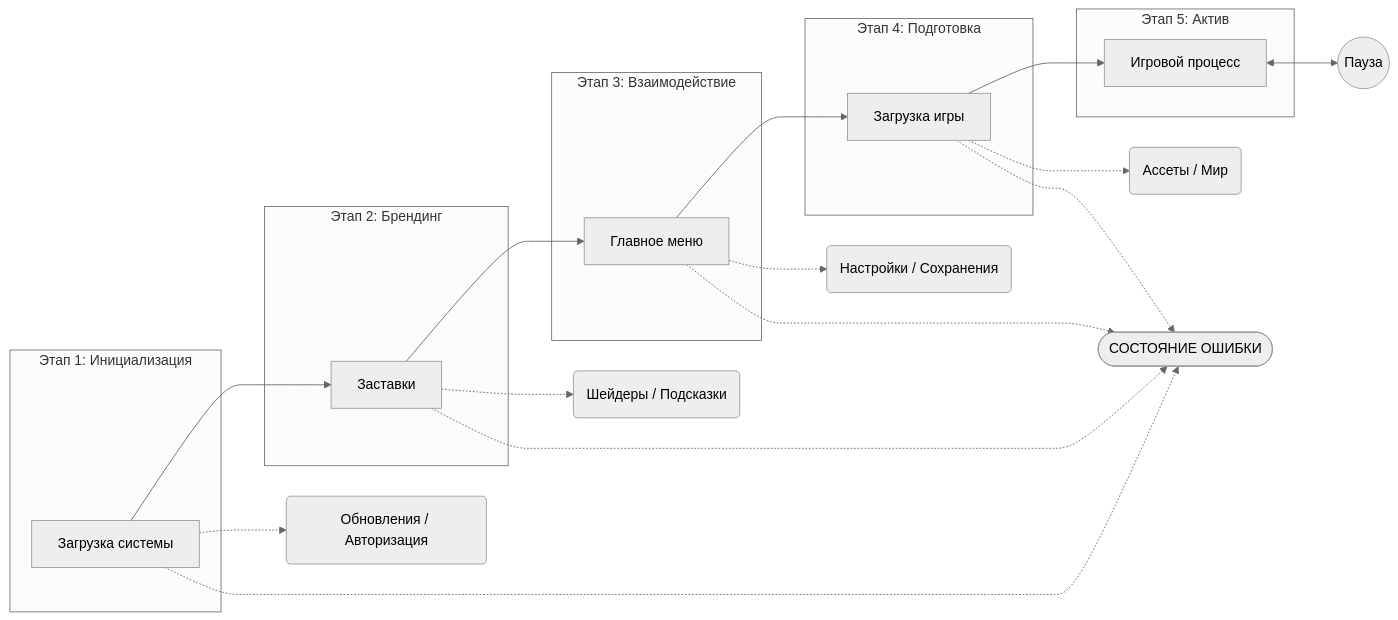
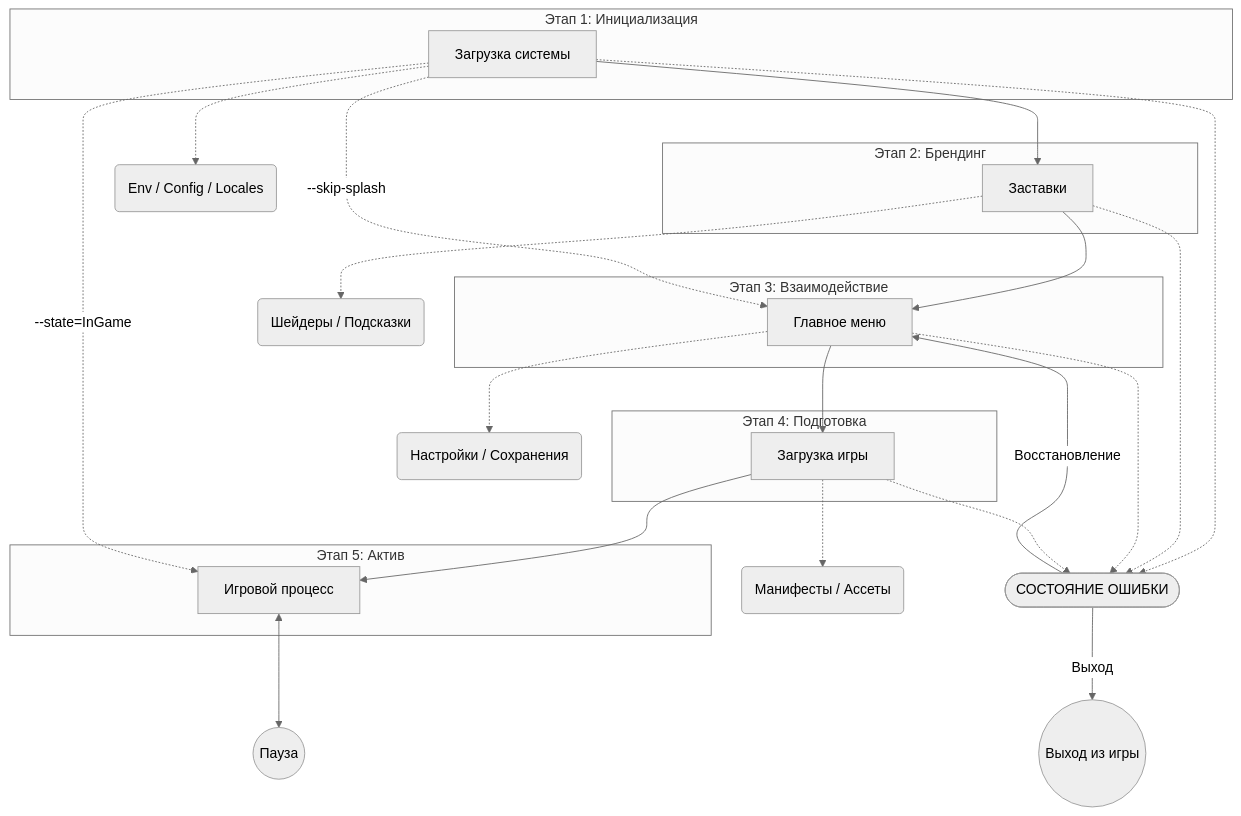
One commit to teratron/planetarium changed the diagram in docs/specs/launching.ru.md. Above: the diagram before and after it, drawn with Mermaid (neutral theme). The commit also changed other lines of this file and 1 other file, not shown here.

Commit message:
docs(launching): update launch sequence diagrams and add robustness specs

````diff
--- a/docs/specs/launching.ru.md
+++ b/docs/specs/launching.ru.md
@@ -11,34 +11,41 @@
 ```mermaid
-graph LR
+graph TD
     subgraph S1 [Этап 1: Инициализация]
         Booting[Загрузка системы]
     end
     subgraph S2 [Этап 2: Брендинг]
         Splash[Заставки]
     end
     subgraph S3 [Этап 3: Взаимодействие]
         MainMenu[Главное меню]
     end
     subgraph S4 [Этап 4: Подготовка]
         Loading[Загрузка игры]
     end
     subgraph S5 [Этап 5: Актив]
         InGame[Игровой процесс]
     end
 
+    %% Стандартный поток
     Booting --> Splash
     Splash --> MainMenu
     MainMenu --> Loading
     Loading --> InGame
     
+    %% Dev Backdoor (Пропуск через CLI)
+    Booting -.->|"--skip-splash"| MainMenu
+    Booting -.->|"--state=InGame"| InGame
+    
     %% Фоновые процессы
-    Booting -.-> B_Init(Обновления / Авторизация)
+    Booting -.-> B_Init(Env / Config / Locales)
     Splash -.-> S_Pre(Шейдеры / Подсказки)
     MainMenu -.-> M_Opt(Настройки / Сохранения)
-    Loading -.-> L_Ast(Ассеты / Мир)
+    Loading -.-> L_Ast(Манифесты / Ассеты)
     
     InGame <--> Paused((Пауза))
     
-    %% Ошибки
+    %% Ошибки и восстановление
     Booting & Splash & MainMenu & Loading -.-> Error([СОСТОЯНИЕ ОШИБКИ])
+    Error -->|Восстановление| MainMenu
+    Error -->|Выход| Exit((Выход из игры))
 ```
````
